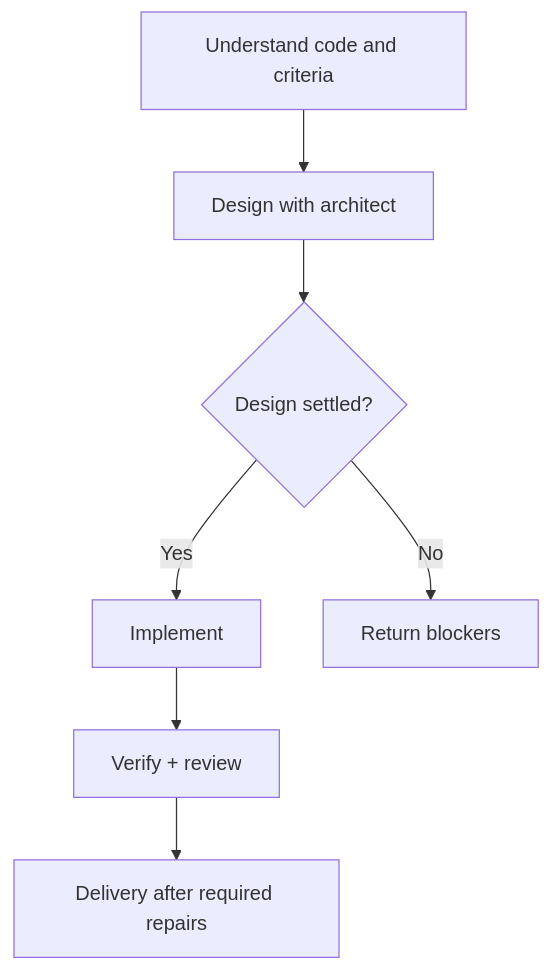
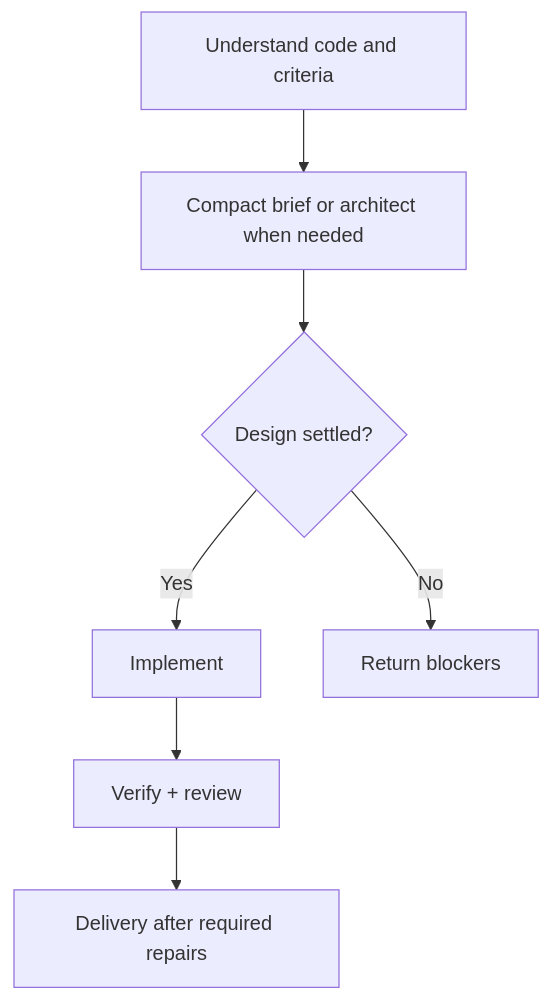
The first of 16 diagrams in README.md (LeoMartinDev/skills), drawn with Mermaid before and after one commit. The commit also changed other lines of this file and 16 other files, not shown here.

````diff
--- a/README.md
+++ b/README.md
@@ -70,9 +70,9 @@
 ```mermaid
 flowchart TD
-    H["Understand code and criteria"] --> A["Design with architect"]
+    H["Understand code and criteria"] --> A["Compact brief or architect when needed"]
     A --> Q{"Design settled?"}
     Q -->|Yes| I["Implement"]
     Q -->|No| B["Return blockers"]
     I --> V["Verify + review"]
     V --> S["Delivery after required repairs"]
 ```
````
